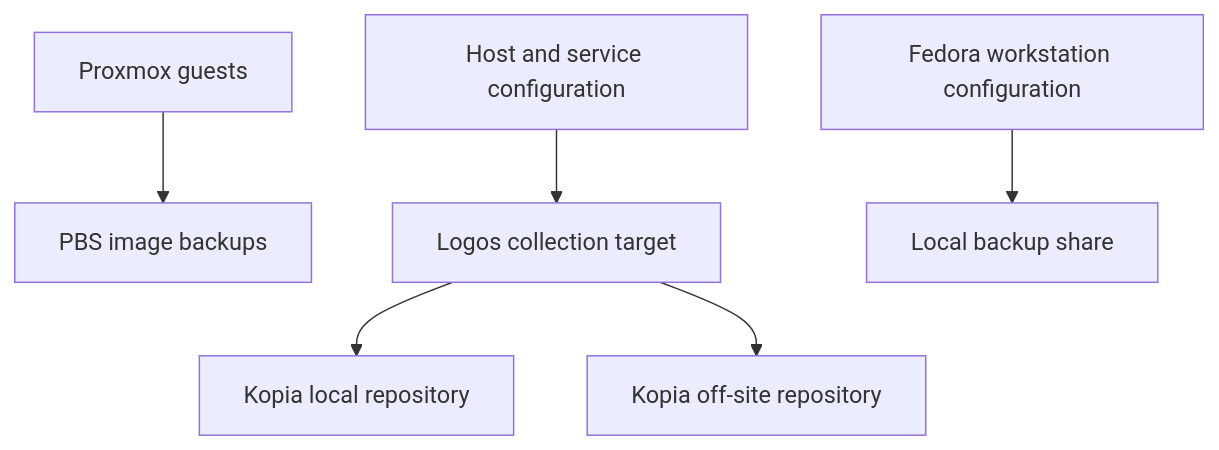
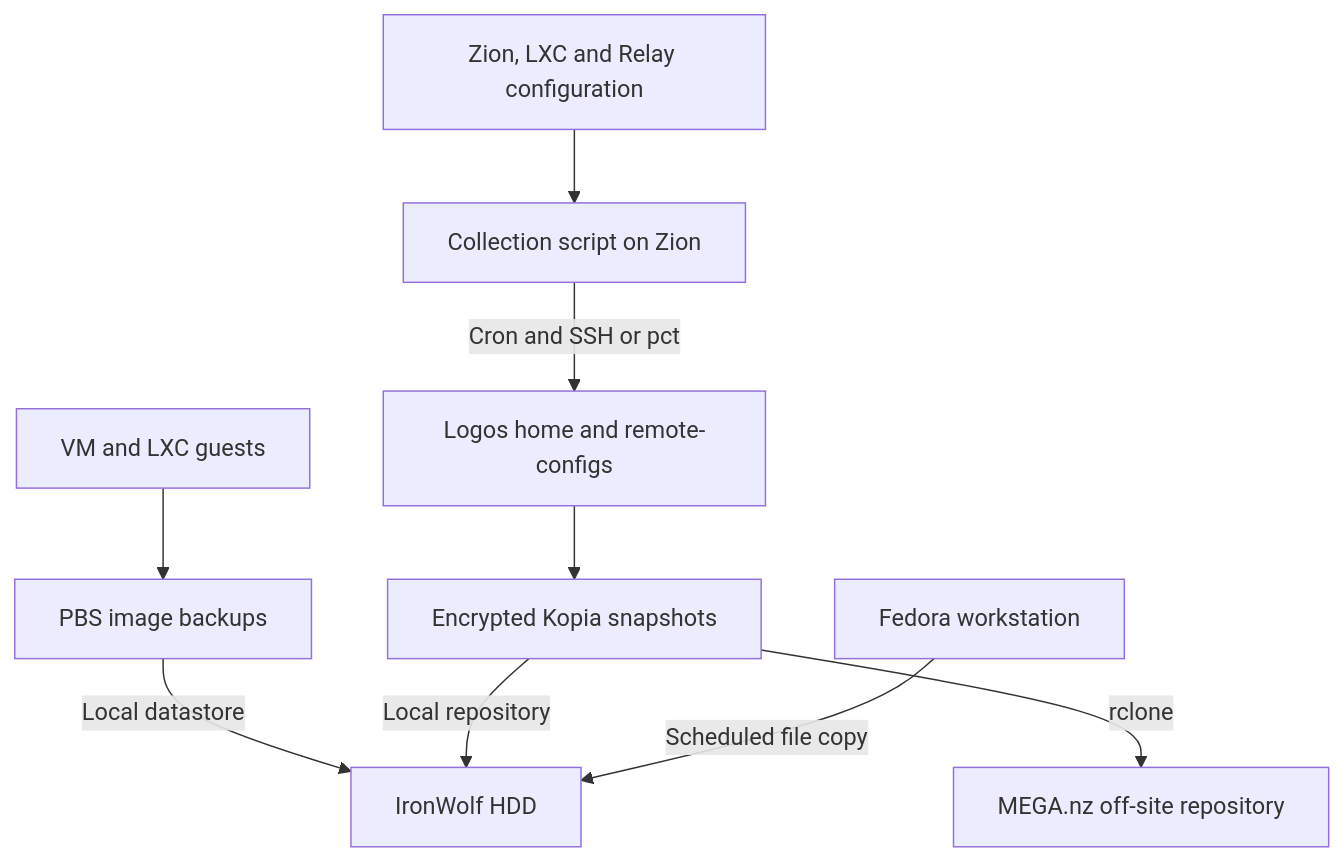
One commit to kCn3333/homelab changed the diagram in docs/zion/3-backup-and-recovery.md. Above: the diagram before and after it, drawn with Mermaid. The commit also changed other lines of this file, not shown here.

Commit message:
docs: document zion backup and recovery

````diff
--- a/docs/zion/3-backup-and-recovery.md
+++ b/docs/zion/3-backup-and-recovery.md
@@ -15,8 +12,13 @@
 ```mermaid
 flowchart TD
-    P["Proxmox guests"] --> PBS["PBS image backups"]
-    C["Host and service configuration"] --> L["Logos collection target"]
-    L --> K["Kopia local repository"]
-    L --> O["Kopia off-site repository"]
-    W["Fedora workstation configuration"] --> S["Local backup share"]
+    G["VM and LXC guests"] --> PBS["PBS image backups"]
+    PBS -->|Local datastore| HDD["IronWolf HDD"]
+
+    C["Zion, LXC and Relay configuration"] --> COL["Collection script on Zion"]
+    COL -->|Cron and SSH or pct| HOME["Logos home and remote-configs"]
+    HOME --> K["Encrypted Kopia snapshots"]
+    K -->|Local repository| HDD
+    K -->|rclone| MEGA["MEGA.nz off-site repository"]
+
+    F["Fedora workstation"] -->|Scheduled file copy| HDD
 ```
````
